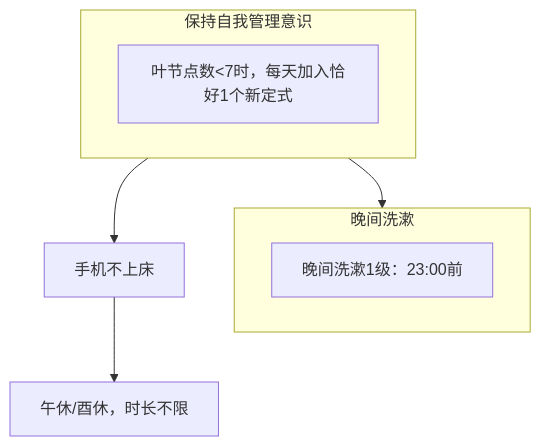
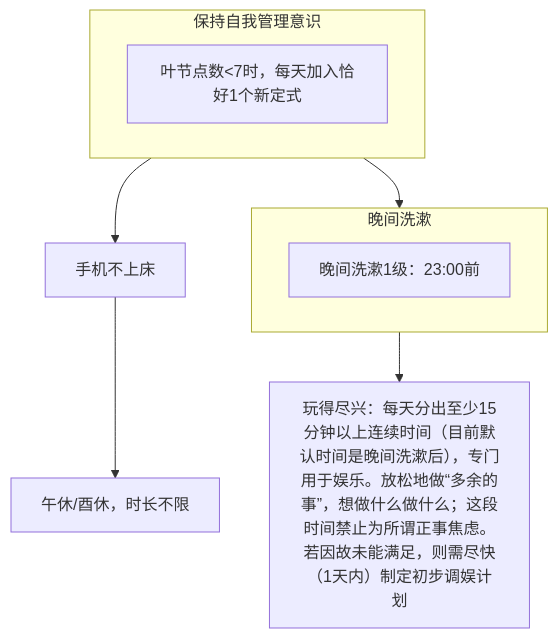
The diagram in README.md (Ethkuil/RSIP-tree), drawn with Mermaid before and after one commit.

Commit message:
insert #8: 玩得尽兴

````diff
--- a/README.md
+++ b/README.md
@@ -7,15 +7,16 @@
 ```mermaid
 graph TD
 
 subgraph 5[保持自我管理意识]
 0[叶节点数<7时，每天加入恰好1个新定式]
 end
 
 5 --> 1[手机不上床]
 1 --> 2[午休/酉休，时长不限]
 
 5 --> 6
 subgraph 6[晚间洗漱]
 7[晚间洗漱1级：23:00前]
 end
+6 --> 8[玩得尽兴：每天分出至少15分钟以上连续时间（目前默认时间是晚间洗漱后），专门用于娱乐。放松地做“多余的事”，想做什么做什么；这段时间禁止为所谓正事焦虑。若因故未能满足，则需尽快（1天内）制定初步调娱计划]
 ```
````
